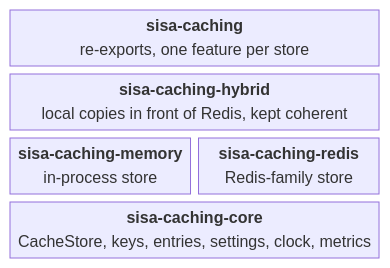
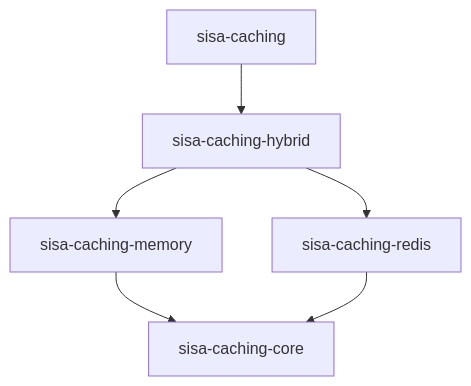
The diagram in docs/01-architecture.md (sisaio/sisa-caching-rs), drawn with Mermaid before and after one commit. The commit also changed other lines of this file, not shown here.

Commit message:
docs: draw the crates as a top-down tree that every viewer renders
The block diagram needs Mermaid 10.8 or later, and Zed's preview
doesn't render it. A flowchart renders everywhere. Top-down, with
each arrow to a crate the one above builds on and the transitive
arrows left out, it reads as a tree with no crossings: the facade,
the hybrid store, the memory and Redis stores, then core. The
paragraph under it says the facade also uses the memory or Redis
store alone when only that feature is on.

Refs #128

````diff
--- a/docs/01-architecture.md
+++ b/docs/01-architecture.md
@@ -26,9 +26,8 @@
 ```mermaid
-block-beta
-    columns 2
-    facade["<b>sisa-caching</b><br/>re-exports, one feature per store"]:2
-    hybrid["<b>sisa-caching-hybrid</b><br/>local copies in front of Redis, kept coherent"]:2
-    memory["<b>sisa-caching-memory</b><br/>in-process store"]
-    redis["<b>sisa-caching-redis</b><br/>Redis-family store"]
-    core["<b>sisa-caching-core</b><br/>CacheStore, keys, entries, settings, clock, metrics"]:2
+flowchart TD
+    facade[sisa-caching] --> hybrid[sisa-caching-hybrid]
+    hybrid --> memory[sisa-caching-memory]
+    hybrid --> redis[sisa-caching-redis]
+    memory --> core[sisa-caching-core]
+    redis --> core
 ```
````
